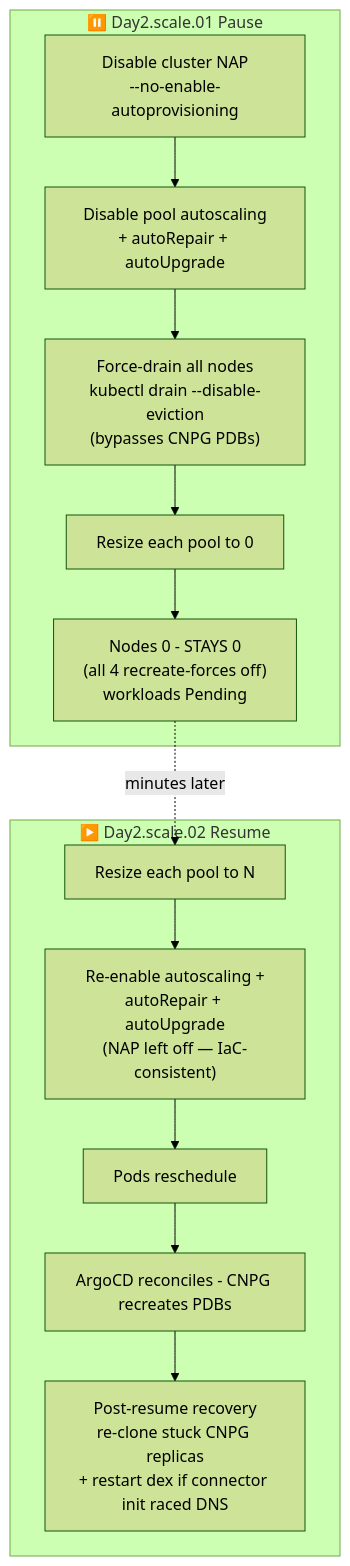
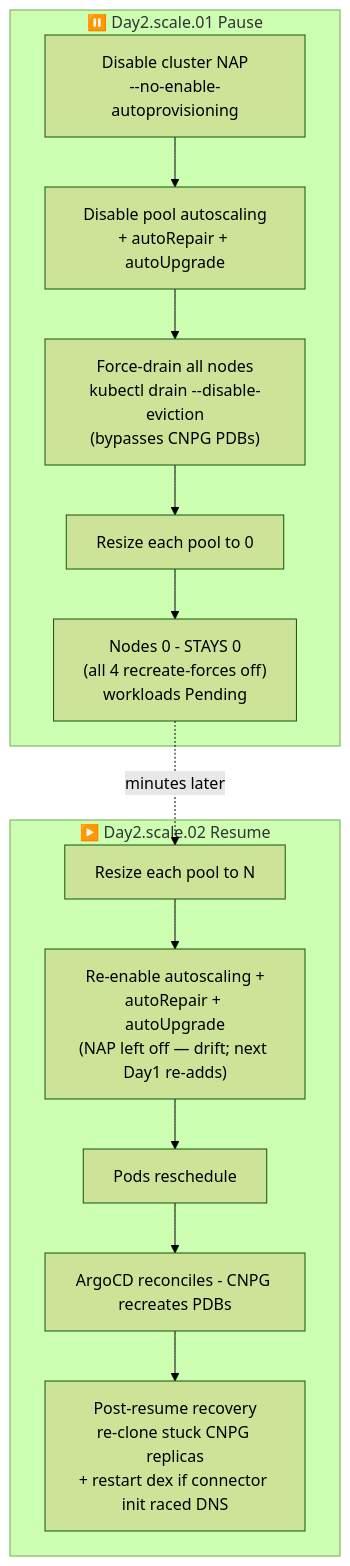
Before and after one commit to nubenetes/jenkins-2026: diagram 11 of 12 in docs/501-PLATFORM_OPERATIONS.md, drawn with Mermaid (forest theme). The commit also changed other lines of this file and 48 other files, not shown here.

````diff
--- a/docs/501-PLATFORM_OPERATIONS.md
+++ b/docs/501-PLATFORM_OPERATIONS.md
@@ -953,16 +966,16 @@
 ```mermaid
 flowchart TD
   subgraph Pause["⏸️ Day2.scale.01 Pause"]
     P0["Disable cluster NAP<br/>--no-enable-autoprovisioning"] --> P1["Disable pool autoscaling<br/>+ autoRepair + autoUpgrade"]
     P1 --> P3["Force-drain all nodes<br/>kubectl drain --disable-eviction<br/>(bypasses CNPG PDBs)"]
     P3 --> P4[Resize each pool to 0]
     P4 --> P5["Nodes 0 - STAYS 0<br/>(all 4 recreate-forces off)<br/>workloads Pending"]
   end
   subgraph Resume["▶️ Day2.scale.02 Resume"]
-    R1[Resize each pool to N] --> R2["Re-enable autoscaling +<br/>autoRepair + autoUpgrade<br/>(NAP left off — IaC-consistent)"]
+    R1[Resize each pool to N] --> R2["Re-enable autoscaling +<br/>autoRepair + autoUpgrade<br/>(NAP left off — drift; next Day1 re-adds)"]
     R2 --> R3[Pods reschedule]
     R3 --> R4[ArgoCD reconciles - CNPG recreates PDBs]
     R4 --> R5["Post-resume recovery<br/>re-clone stuck CNPG replicas<br/>+ restart dex if connector init raced DNS"]
   end
   P5 -. "minutes later" .-> R1
 ```
````
